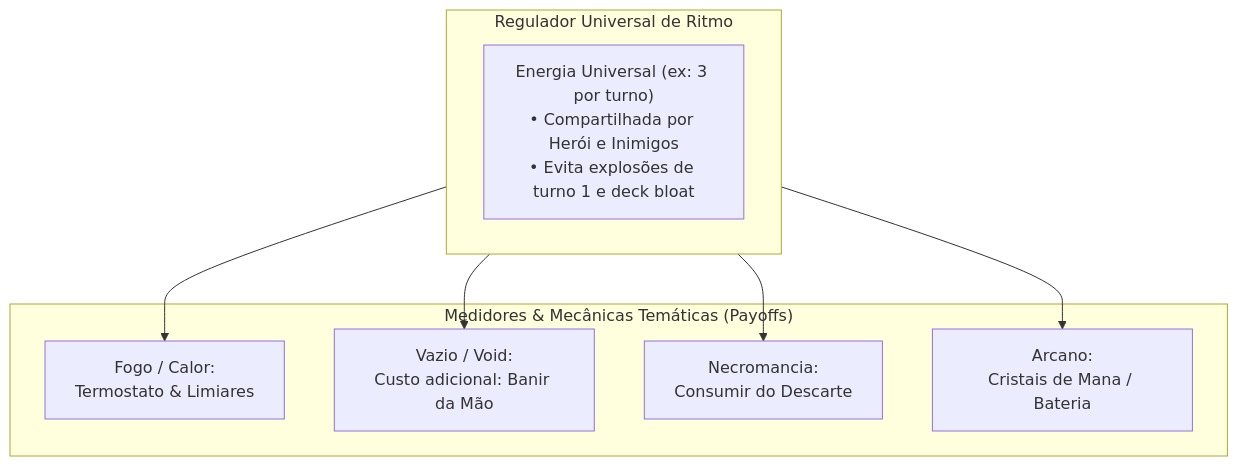
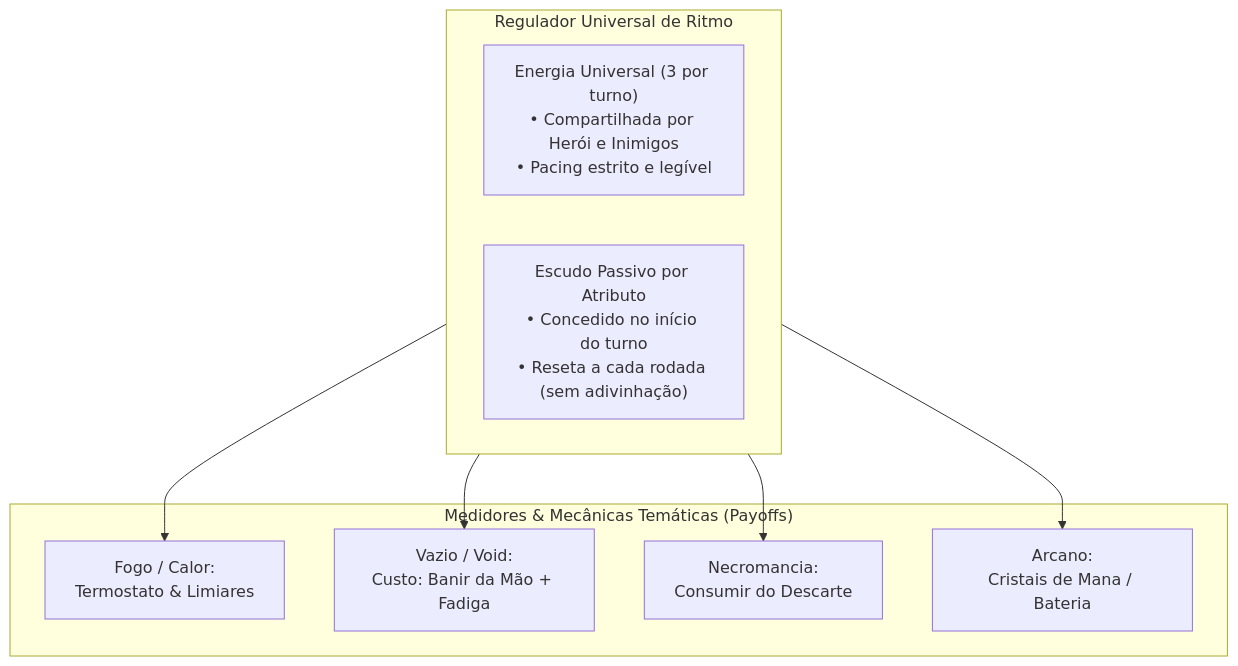
The first of 4 diagrams in docs/design/DIRECIONAMENTO_HEROSCRIPT.md (GuiMayer/HeroScript), drawn with Mermaid before and after one commit. The commit also changed other lines of this file, not shown here.

````diff
--- a/docs/design/DIRECIONAMENTO_HEROSCRIPT.md
+++ b/docs/design/DIRECIONAMENTO_HEROSCRIPT.md
@@ -26,18 +26,19 @@
 ```mermaid
 flowchart TD
     subgraph Pacing["Regulador Universal de Ritmo"]
-        Energia["Energia Universal (ex: 3 por turno)<br/>• Compartilhada por Herói e Inimigos<br/>• Evita explosões de turno 1 e deck bloat"]
+        Energia["Energia Universal (3 por turno)<br/>• Compartilhada por Herói e Inimigos<br/>• Pacing estrito e legível"]
+        EscudoPassivo["Escudo Passivo por Atributo<br/>• Concedido no início do turno<br/>• Reseta a cada rodada (sem adivinhação)"]
     end
 
     subgraph Tempero["Medidores & Mecânicas Temáticas (Payoffs)"]
         Calor["Fogo / Calor:<br/>Termostato & Limiares"]
-        Vazio["Vazio / Void:<br/>Custo adicional: Banir da Mão"]
+        Vazio["Vazio / Void:<br/>Custo: Banir da Mão + Fadiga"]
         Necro["Necromancia:<br/>Consumir do Descarte"]
         Arcano["Arcano:<br/>Cristais de Mana / Bateria"]
     end
 
     Pacing --> Calor
     Pacing --> Vazio
     Pacing --> Necro
     Pacing --> Arcano
 ```
````
